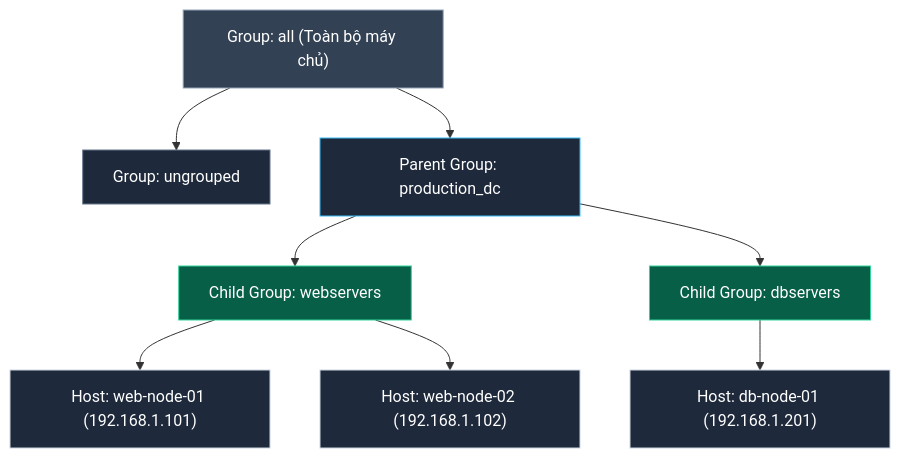
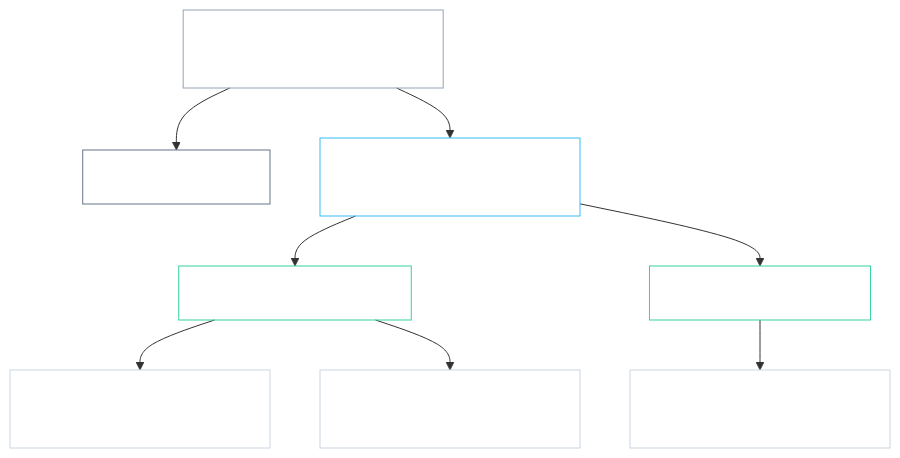
One commit to kiennt308/ntk changed the second of 3 diagrams in _posts/2026-09-13-ansible-03-03-inventory.md. Above: the diagram before and after it, drawn with Mermaid. The commit also changed other lines of this file and 161 other files, not shown here.

````diff
--- a/_posts/2026-09-13-ansible-03-03-inventory.md
+++ b/_posts/2026-09-13-ansible-03-03-inventory.md
@@ -74,19 +74,19 @@
 ```mermaid
 graph TD
     ALL["Group: all (Toàn bộ máy chủ)"] --> UNGROUPED["Group: ungrouped"]
     ALL --> DC1["Parent Group: production_dc"]
     DC1 --> WEB["Child Group: webservers"]
     DC1 --> DB["Child Group: dbservers"]
     WEB --> H1["Host: web-node-01 (192.168.1.101)"]
     WEB --> H2["Host: web-node-02 (192.168.1.102)"]
     DB --> H3["Host: db-node-01 (192.168.1.201)"]
 
-    style ALL fill:#334155,stroke:#94a3b8,color:#fff
-    style UNGROUPED fill:#1e293b,stroke:#64748b,color:#fff
-    style DC1 fill:#1e293b,stroke:#38bdf8,color:#fff
-    style WEB fill:#065f46,stroke:#34d399,color:#fff
-    style DB fill:#065f46,stroke:#34d399,color:#fff
-    style H1 fill:#1e293b,stroke:#cbd5e1,color:#fff
-    style H2 fill:#1e293b,stroke:#cbd5e1,color:#fff
-    style H3 fill:#1e293b,stroke:#cbd5e1,color:#fff
+    style ALL fill:none,stroke:#94a3b8,color:#fff
+    style UNGROUPED fill:none,stroke:#64748b,color:#fff
+    style DC1 fill:none,stroke:#38bdf8,color:#fff
+    style WEB fill:none,stroke:#34d399,color:#fff
+    style DB fill:none,stroke:#34d399,color:#fff
+    style H1 fill:none,stroke:#cbd5e1,color:#fff
+    style H2 fill:none,stroke:#cbd5e1,color:#fff
+    style H3 fill:none,stroke:#cbd5e1,color:#fff
 ```
````
